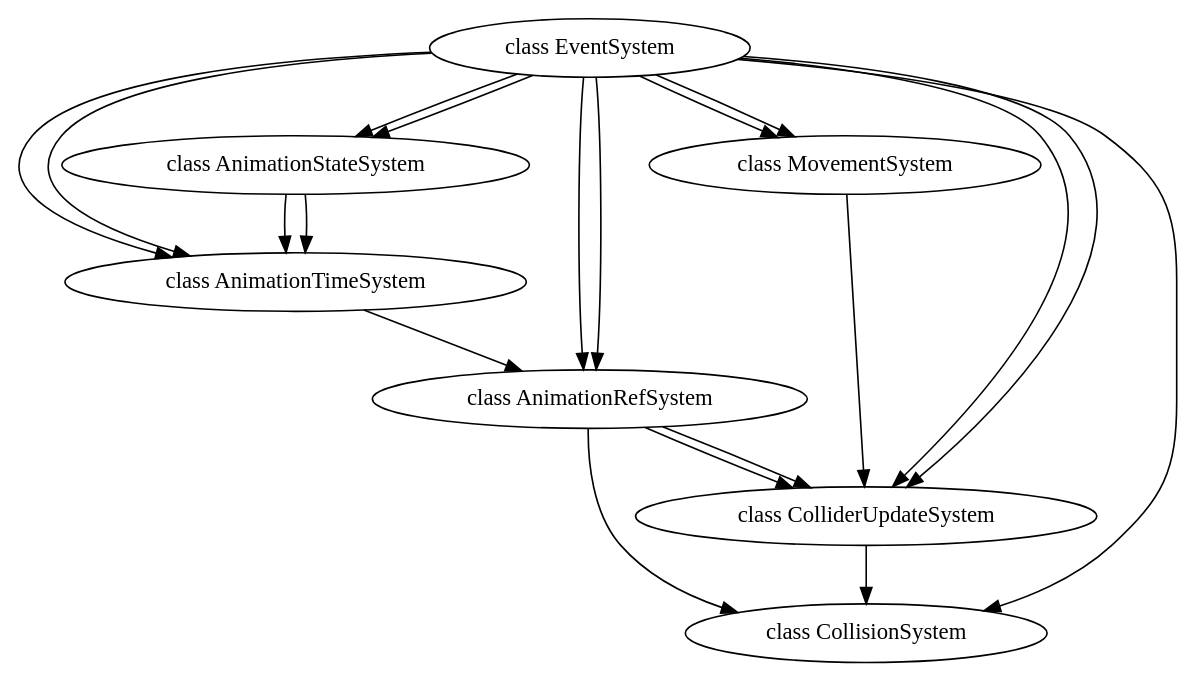
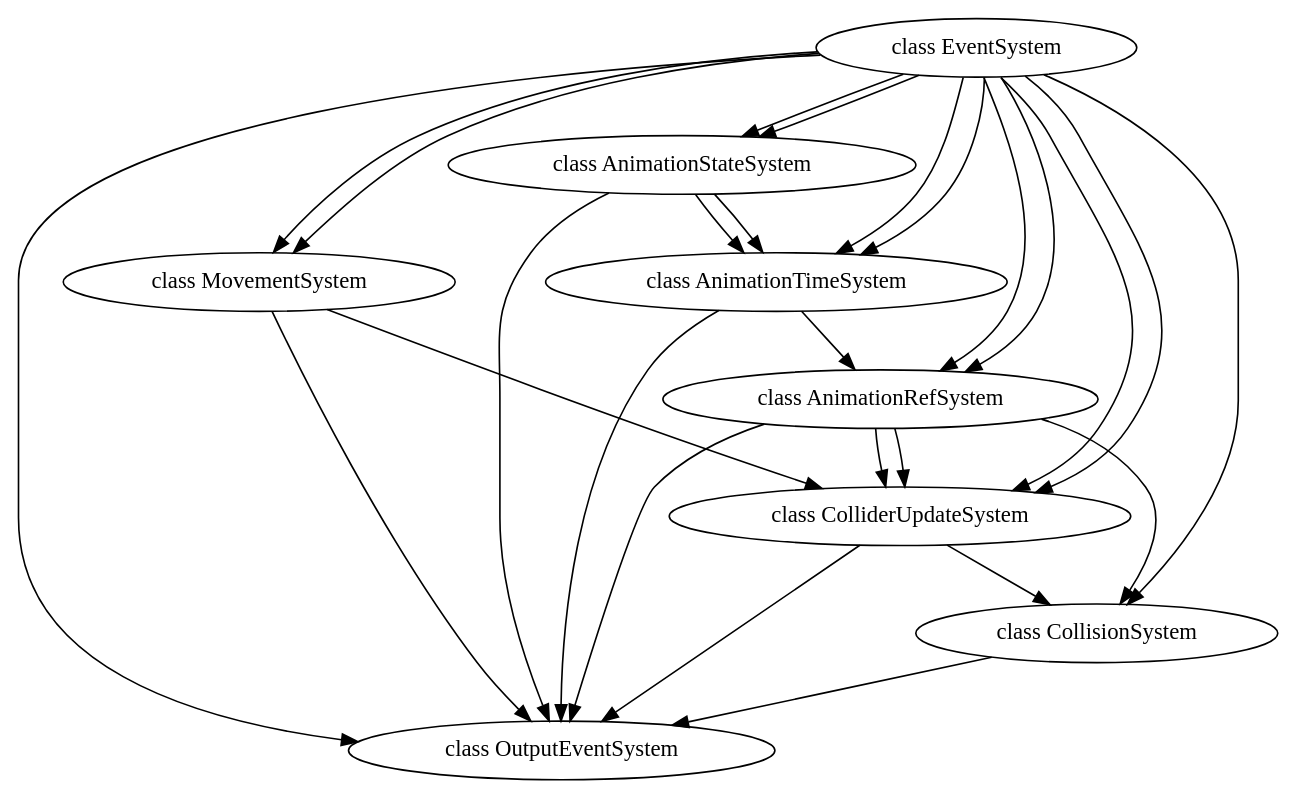
The diagram in Server/JobGraph Study/graph.gv (Vallhup/JobGraph-Study), drawn with Graphviz before and after one commit. The commit also changed 17 other files, not shown here.

```diff
--- a/Server/JobGraph Study/graph.gv
+++ b/Server/JobGraph Study/graph.gv
@@ -1,22 +1,29 @@
 digraph JobGraph {
   "class EventSystem" -> "class MovementSystem";
   "class EventSystem" -> "class AnimationStateSystem";
   "class EventSystem" -> "class AnimationTimeSystem";
   "class EventSystem" -> "class AnimationRefSystem";
   "class EventSystem" -> "class ColliderUpdateSystem";
   "class EventSystem" -> "class CollisionSystem";
+  "class EventSystem" -> "class OutputEventSystem";
   "class EventSystem" -> "class MovementSystem";
   "class EventSystem" -> "class AnimationStateSystem";
   "class EventSystem" -> "class AnimationTimeSystem";
   "class EventSystem" -> "class AnimationRefSystem";
   "class EventSystem" -> "class ColliderUpdateSystem";
   "class MovementSystem" -> "class ColliderUpdateSystem";
+  "class MovementSystem" -> "class OutputEventSystem";
   "class AnimationStateSystem" -> "class AnimationTimeSystem";
+  "class AnimationStateSystem" -> "class OutputEventSystem";
   "class AnimationStateSystem" -> "class AnimationTimeSystem";
   "class AnimationTimeSystem" -> "class AnimationRefSystem";
+  "class AnimationTimeSystem" -> "class OutputEventSystem";
   "class AnimationRefSystem" -> "class ColliderUpdateSystem";
   "class AnimationRefSystem" -> "class CollisionSystem";
+  "class AnimationRefSystem" -> "class OutputEventSystem";
   "class AnimationRefSystem" -> "class ColliderUpdateSystem";
   "class ColliderUpdateSystem" -> "class CollisionSystem";
-  "class CollisionSystem";
+  "class ColliderUpdateSystem" -> "class OutputEventSystem";
+  "class CollisionSystem" -> "class OutputEventSystem";
+  "class OutputEventSystem";
 }
```
